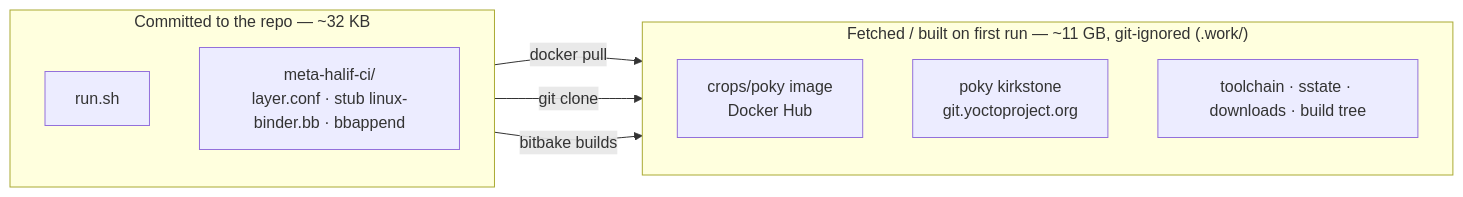
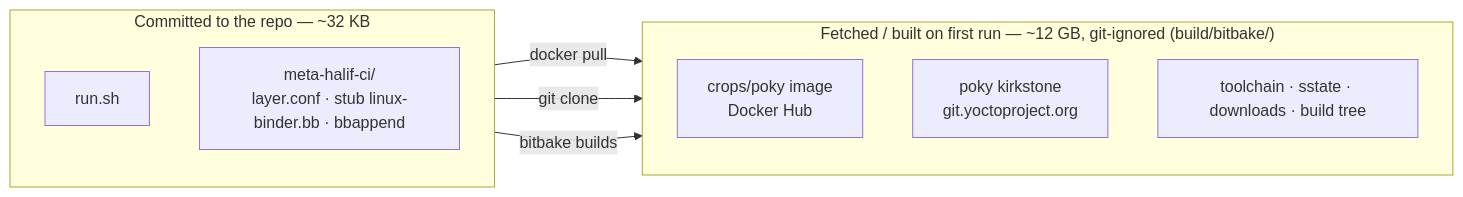
Before and after one commit to rdkcentral/rdk-halif-aidl: the first of 3 diagrams in tests/yocto/bitbake/README.md, drawn with Mermaid. The commit also changed other lines of this file and 3 other files, not shown here.

First line of the commit message:
refactor(test): put the bitbake work tree under build/, not tests/

````diff
--- a/tests/yocto/bitbake/README.md
+++ b/tests/yocto/bitbake/README.md
@@ -21,17 +21,17 @@
 ```mermaid
 flowchart LR
     subgraph REPO["Committed to the repo — ~32 KB"]
         direction TB
         S["run.sh"]
         L["meta-halif-ci/<br/>layer.conf · stub linux-binder.bb · bbappend"]
     end
-    subgraph RUN["Fetched / built on first run — ~11 GB, git-ignored (.work/)"]
+    subgraph RUN["Fetched / built on first run — ~12 GB, git-ignored (build/bitbake/)"]
         direction TB
         I["crops/poky image<br/>Docker Hub"]
         P["poky kirkstone<br/>git.yoctoproject.org"]
         W["toolchain · sstate · downloads · build tree"]
     end
     S -->|docker pull| I
     S -->|git clone| P
     S -->|bitbake builds| W
 ```
````
